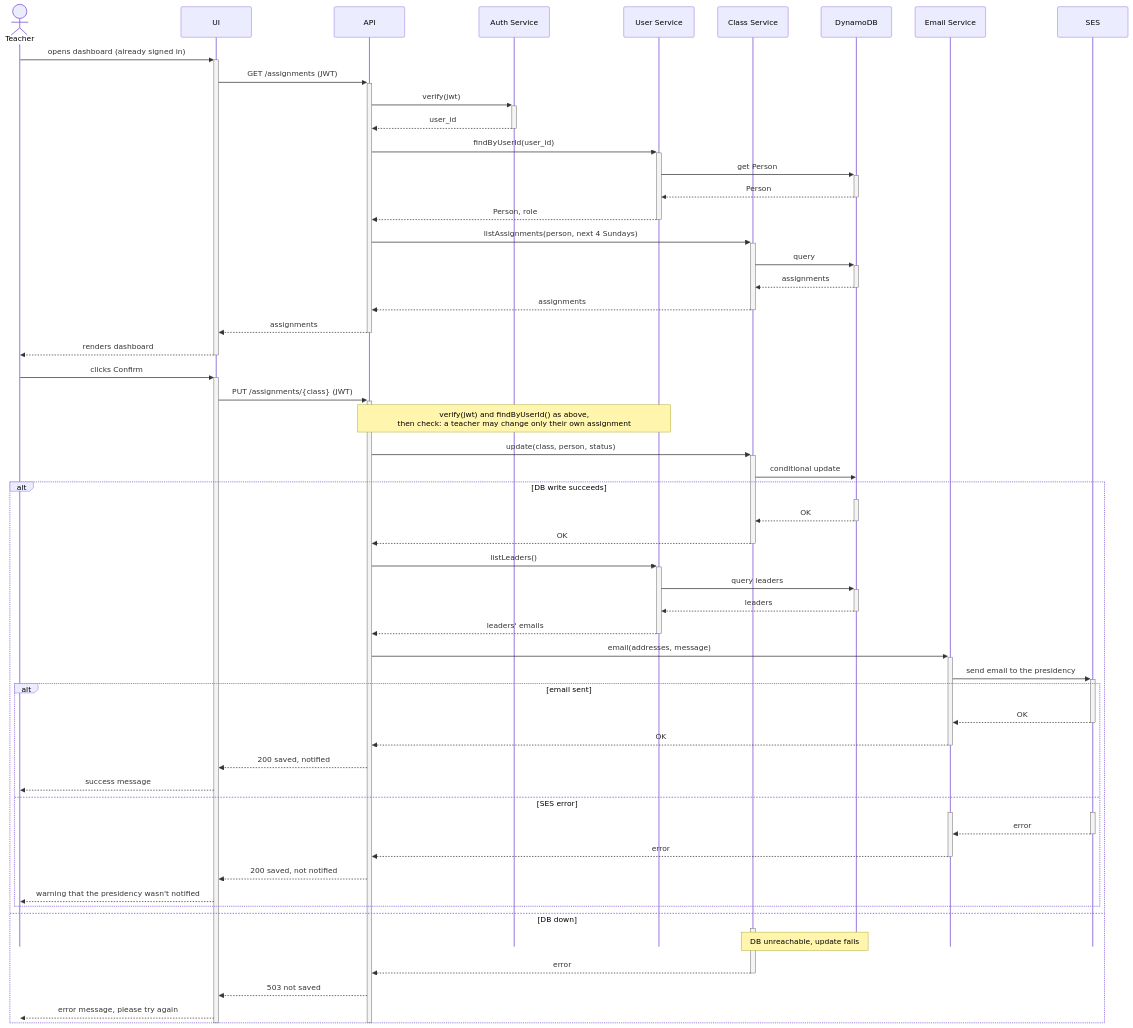
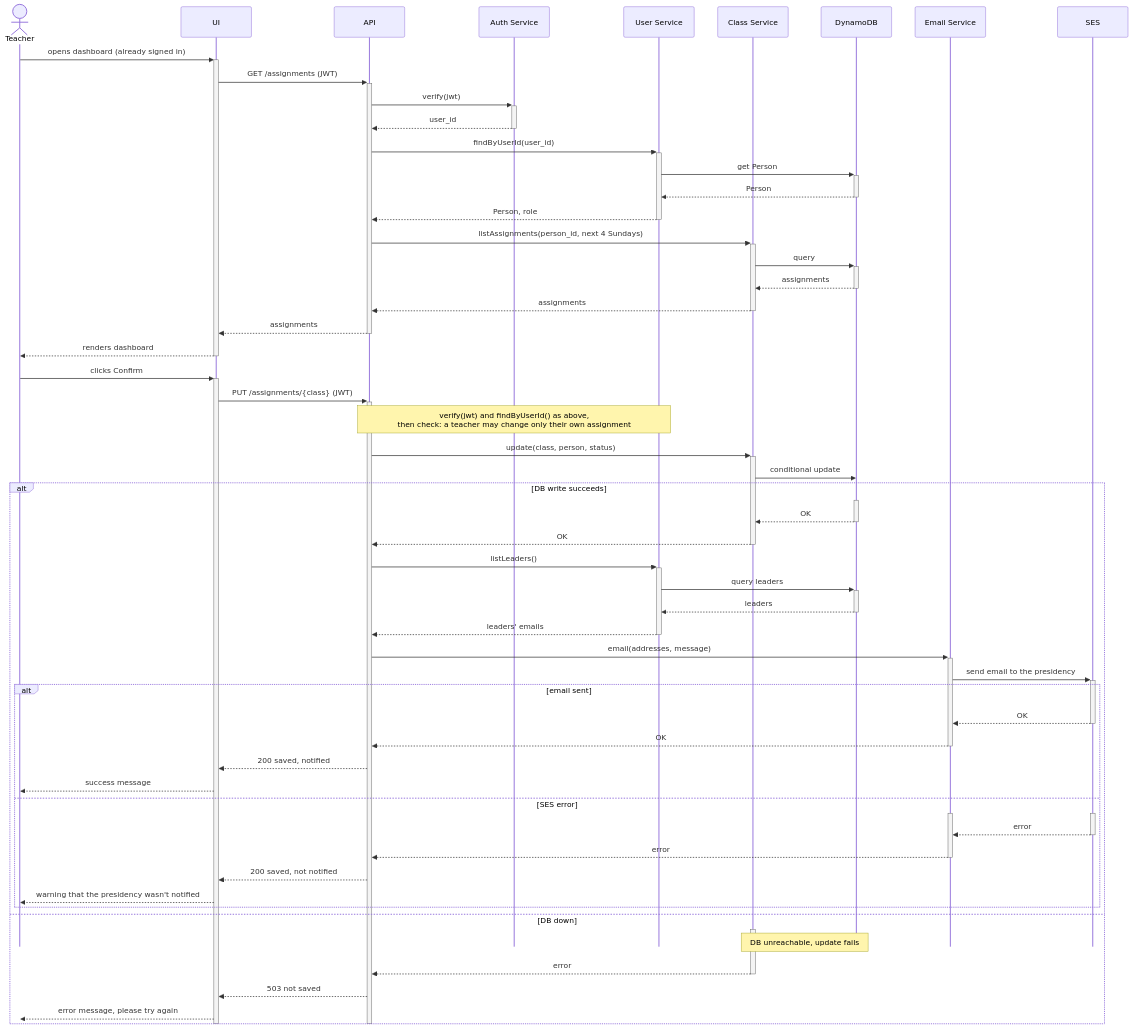
The third of 4 diagrams in docs/design.md (Sunday-School-Software/Sunday-School-Scheduler), drawn with Mermaid before and after one commit. The commit also changed other lines of this file and 11 other files, not shown here.

First line of the commit message:
List the caller's assignments for the next 4 Sundays

````diff
--- a/docs/design.md
+++ b/docs/design.md
@@ -144,70 +145,70 @@
 ```mermaid
 ---
 config:
   sequence:
     mirrorActors: false
   themeCSS: "line[name='T'] { display: none; }"
 ---
 sequenceDiagram
     actor T as Teacher
     participant UI
     participant API
     participant Auth as Auth Service
     participant User as User Service
     participant Class as Class Service
     participant DB as DynamoDB
     participant Email as Email Service
     participant SES
 
     T->>+UI: opens dashboard (already signed in)
     UI->>+API: GET /assignments (JWT)
     API->>+Auth: verify(jwt)
     Auth-->>-API: user_id
     API->>+User: findByUserId(user_id)
     User->>+DB: get Person
     DB-->>-User: Person
     User-->>-API: Person, role
-    API->>+Class: listAssignments(person, next 4 Sundays)
+    API->>+Class: listAssignments(person_id, next 4 Sundays)
     Class->>+DB: query
     DB-->>-Class: assignments
     Class-->>-API: assignments
     API-->>-UI: assignments
     UI-->>-T: renders dashboard
     T->>+UI: clicks Confirm
     UI->>+API: PUT /assignments/{class} (JWT)
     Note over API,User: verify(jwt) and findByUserId() as above,<br/>then check: a teacher may change only their own assignment
     API->>+Class: update(class, person, status)
     Class->>DB: conditional update
     alt DB write succeeds
         activate DB
         DB-->>-Class: OK
         Class-->>-API: OK
         API->>+User: listLeaders()
         User->>+DB: query leaders
         DB-->>-User: leaders
         User-->>-API: leaders' emails
         API->>+Email: email(addresses, message)
         Email->>+SES: send email to the presidency
         alt email sent
             SES-->>-Email: OK
             Email-->>-API: OK
             API-->>UI: 200 saved, notified
             UI-->>T: success message
         else SES error
             activate SES
             activate Email
             SES-->>-Email: error
             Email-->>-API: error
             API-->>UI: 200 saved, not notified
             UI-->>T: warning that the presidency wasn't notified
         end
     else DB down
         activate Class
         Note over Class,DB: DB unreachable, update fails
         Class-->>-API: error
         API-->>UI: 503 not saved
         UI-->>T: error message, please try again
     end
     deactivate API
     deactivate UI
 ```
````
